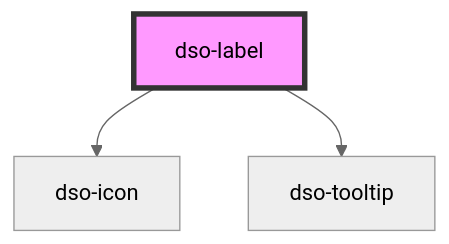
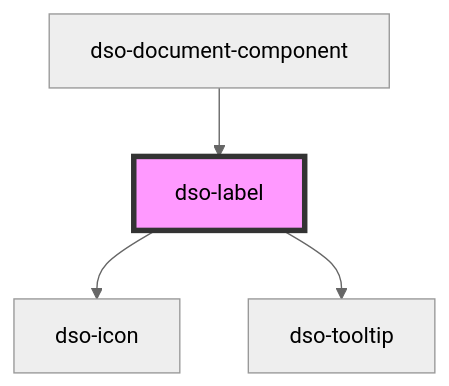
Before and after one commit to dso-toolkit/dso-toolkit: the diagram in packages/core/src/components/label/readme.md, drawn with Mermaid (neutral theme). The commit also changed other lines of this file and 53 other files, not shown here.

Commit message:
#2133 [Added] Nieuw component "Document Component".

````diff
--- a/packages/core/src/components/label/readme.md
+++ b/packages/core/src/components/label/readme.md
@@ -37,6 +41,7 @@
 ```mermaid
 graph TD;
   dso-label --> dso-icon
   dso-label --> dso-tooltip
+  dso-document-component --> dso-label
   style dso-label fill:#f9f,stroke:#333,stroke-width:4px
 ```
````
